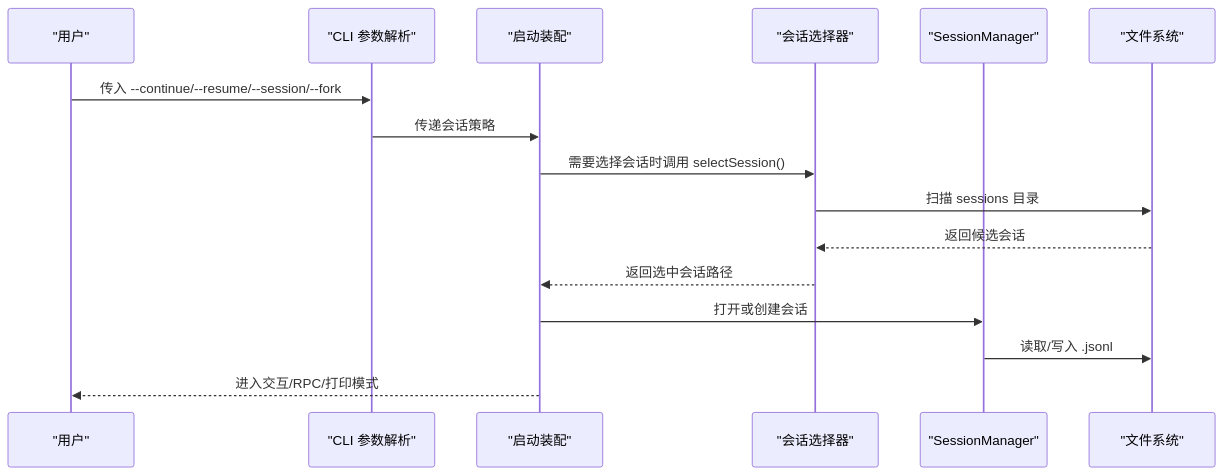
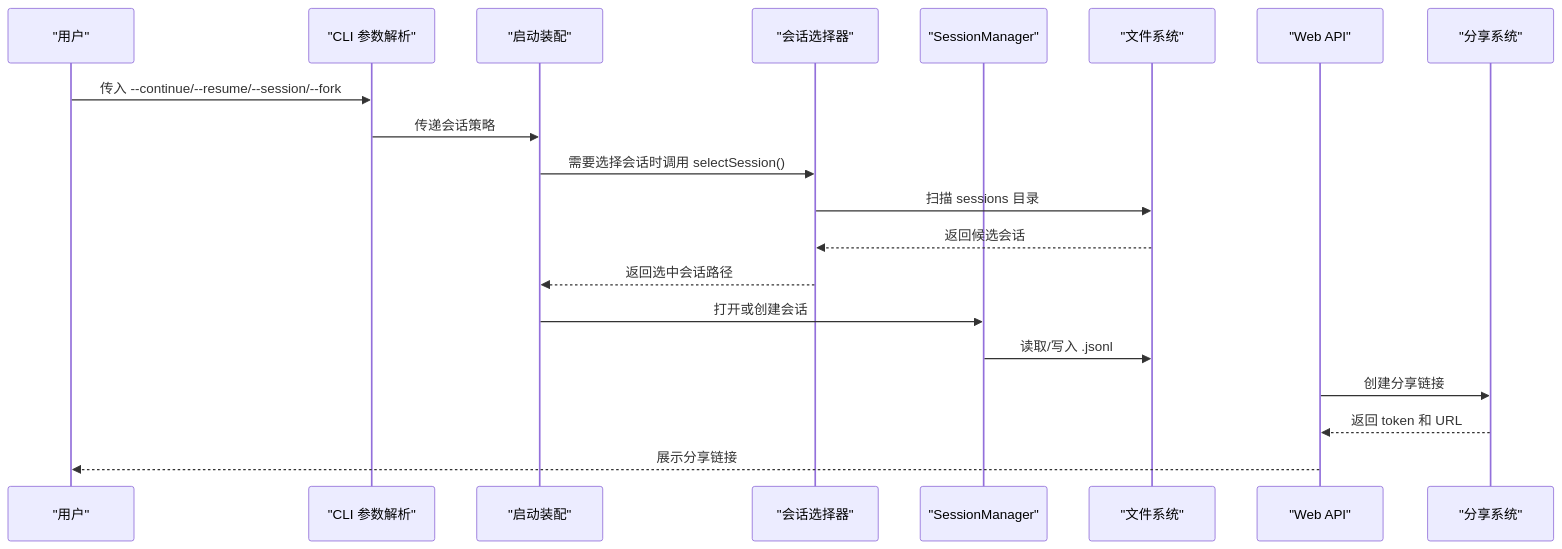
The second of 12 diagrams in .qoder/repowiki/zh/content/CLI 工具参考/会话管理.md (FDE-GROUP/oh-my-coding-agent), drawn with Mermaid before and after one commit. The commit also changed other lines of this file and 410 other files, not shown here.

````diff
--- a/.qoder/repowiki/zh/content/CLI 工具参考/会话管理.md
+++ b/.qoder/repowiki/zh/content/CLI 工具参考/会话管理.md
@@ -89,18 +125,22 @@
 ```mermaid
 sequenceDiagram
 participant User as "用户"
 participant CLI as "CLI 参数解析"
 participant Boot as "启动装配"
 participant Picker as "会话选择器"
 participant Manager as "SessionManager"
 participant FS as "文件系统"
+participant WebAPI as "Web API"
+participant Shares as "分享系统"
 User->>CLI : 传入 --continue/--resume/--session/--fork
 CLI->>Boot : 传递会话策略
 Boot->>Picker : 需要选择会话时调用 selectSession()
 Picker->>FS : 扫描 sessions 目录
 FS-->>Picker : 返回候选会话
 Picker-->>Boot : 返回选中会话路径
 Boot->>Manager : 打开或创建会话
 Manager->>FS : 读取/写入 .jsonl
-Boot-->>User : 进入交互/RPC/打印模式
+WebAPI->>Shares : 创建分享链接
+Shares-->>WebAPI : 返回 token 和 URL
+WebAPI-->>User : 展示分享链接
 ```
````
